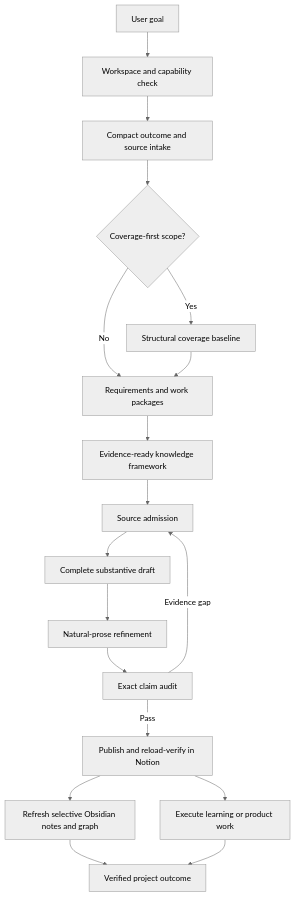
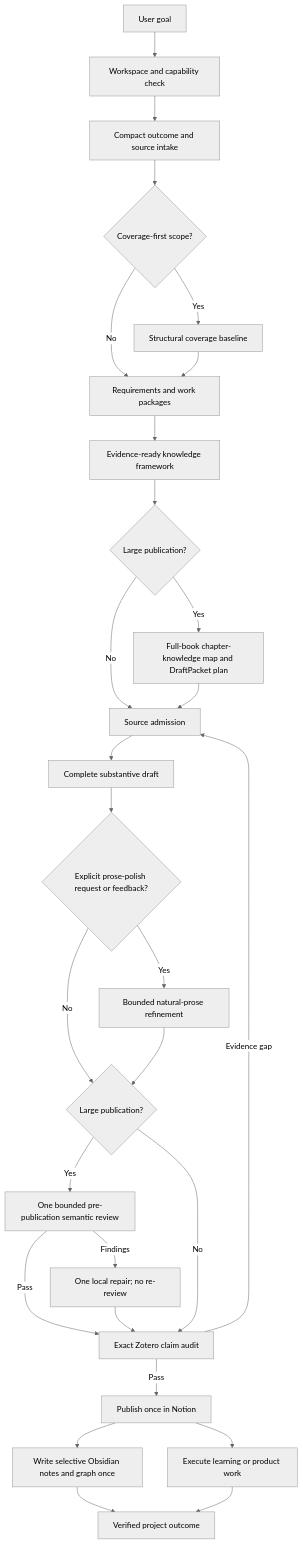
One commit to Lovett-Ryan/GDKP changed the diagram in docs/architecture.md. Above: the diagram before and after it, drawn with Mermaid (neutral theme). The commit also changed other lines of this file and 42 other files, not shown here.

````diff
--- a/docs/architecture.md
+++ b/docs/architecture.md
@@ -31,20 +33,30 @@
 ```mermaid
 flowchart TD
     A[User goal] --> B[Workspace and capability check]
     B --> C[Compact outcome and source intake]
     C --> D{Coverage-first scope?}
     D -- Yes --> E[Structural coverage baseline]
     D -- No --> F[Requirements and work packages]
     E --> F
     F --> G[Evidence-ready knowledge framework]
-    G --> H[Source admission]
+    G --> P{Large publication?}
+    P -- Yes --> Q[Full-book chapter-knowledge map and DraftPacket plan]
+    P -- No --> H[Source admission]
+    Q --> H
     H --> I[Complete substantive draft]
-    I --> J[Natural-prose refinement]
-    J --> K[Exact claim audit]
+    I --> J{Explicit prose-polish request or feedback?}
+    J -- Yes --> S[Bounded natural-prose refinement]
+    J -- No --> R{Large publication?}
+    S --> R
+    R -- Yes --> T[One bounded pre-publication semantic review]
+    T -- Findings --> U[One local repair; no re-review]
+    T -- Pass --> K[Exact Zotero claim audit]
+    U --> K
+    R -- No --> K
     K -- Evidence gap --> H
-    K -- Pass --> L[Publish and reload-verify in Notion]
-    L --> M[Refresh selective Obsidian notes and graph]
+    K -- Pass --> L[Publish once in Notion]
+    L --> M[Write selective Obsidian notes and graph once]
     L --> N[Execute learning or product work]
     M --> O[Verified project outcome]
     N --> O
 ```
````
